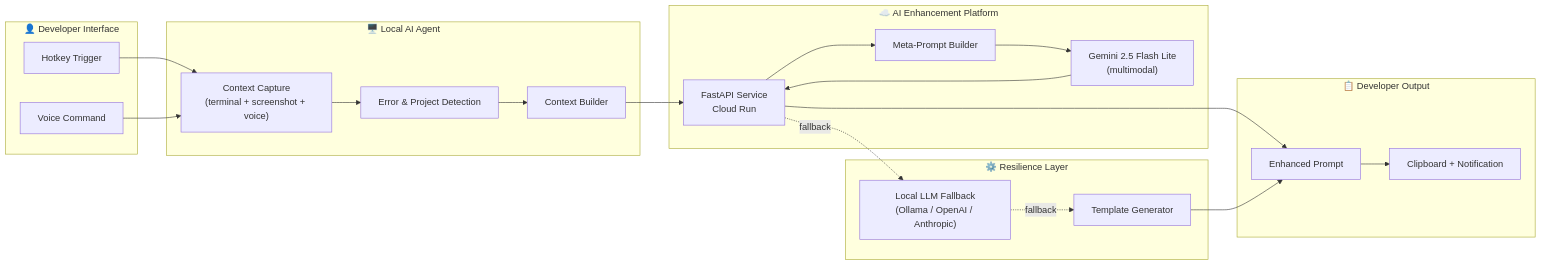
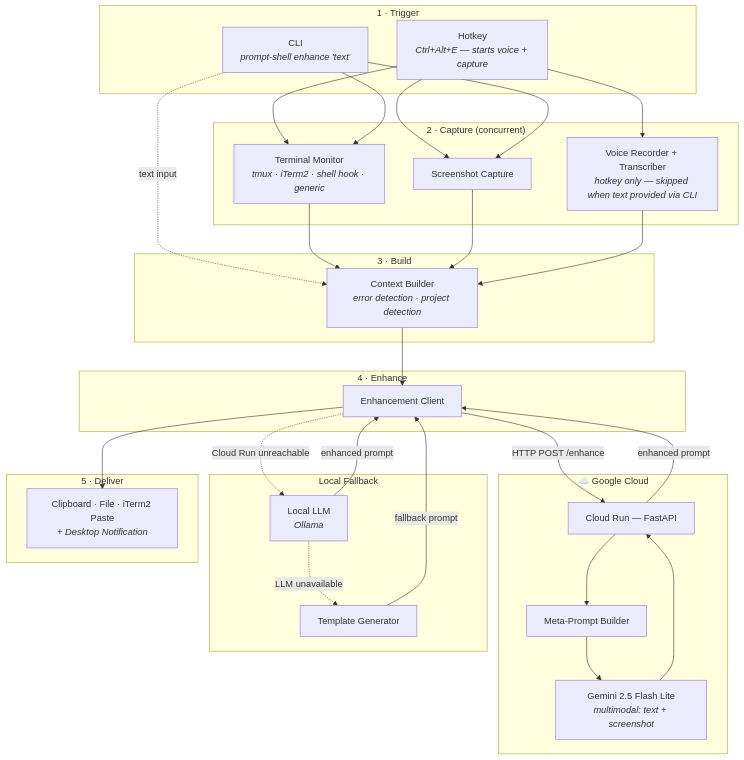
The diagram in README.md (VinnyBabuManjaly/PromptShell), drawn with Mermaid before and after one commit. The commit also changed other lines of this file and 4 other files, not shown here.

Commit message:
Add comprehensive documentation: README, system design, demo script, and updated architecture docs

````diff
--- a/README.md
+++ b/README.md
@@ -182,48 +182,59 @@
 ```mermaid
-flowchart LR
-    subgraph U["👤 Developer Interface"]
-        A["Hotkey Trigger"]
-        B["Voice Command"]
+flowchart TB
+    subgraph INPUT["1 · Trigger"]
+        HK["Hotkey<br/><i>Ctrl+Alt+E — starts voice + capture</i>"]
+        CLI["CLI<br/><i>prompt-shell enhance 'text'</i>"]
     end
 
-    subgraph L["🖥️ Local AI Agent"]
-        C["Context Capture\n(terminal + screenshot + voice)"]
-        D["Error & Project Detection"]
-        E["Context Builder"]
+    subgraph CAPTURE["2 · Capture (concurrent)"]
+        TM["Terminal Monitor<br/><i>tmux · iTerm2 · shell hook · generic</i>"]
+        SS["Screenshot Capture"]
+        VR["Voice Recorder + Transcriber<br/><i>hotkey only — skipped when text provided via CLI</i>"]
     end
 
-    subgraph C1["☁️ AI Enhancement Platform"]
-        F["FastAPI Service\nCloud Run"]
-        G["Meta-Prompt Builder"]
-        H["Gemini 2.5 Flash Lite\n(multimodal)"]
+    subgraph BUILD["3 · Build"]
+        CB["Context Builder<br/><i>error detection · project detection</i>"]
     end
 
-    subgraph R["⚙️ Resilience Layer"]
-        I["Local LLM Fallback\n(Ollama / OpenAI / Anthropic)"]
-        J["Template Generator"]
+    subgraph ENHANCE["4 · Enhance"]
+        EC["Enhancement Client"]
     end
 
-    subgraph O["📋 Developer Output"]
-        K["Enhanced Prompt"]
-        L2["Clipboard + Notification"]
+    subgraph GCP["☁️ Google Cloud"]
+        CR["Cloud Run — FastAPI"]
+        PB["Meta-Prompt Builder"]
+        GM["Gemini 2.5 Flash Lite<br/><i>multimodal: text + screenshot</i>"]
     end
 
-    A --> C
-    B --> C
+    subgraph FALLBACK["Local Fallback"]
+        LLM["Local LLM<br/><i>Ollama</i>"]
+        TPL["Template Generator"]
+    end
 
-    C --> D
-    D --> E
+    subgraph OUTPUT["5 · Deliver"]
+        DL["Clipboard · File · iTerm2 Paste<br/><i>+ Desktop Notification</i>"]
+    end
 
-    E --> F
-    F --> G
-    G --> H
-    H --> F
+    HK --> TM & SS & VR
+    CLI --> TM & SS
+    CLI -. "text input" .-> CB
 
-    F --> K
+    TM --> CB
+    SS --> CB
+    VR --> CB
 
-    F -. fallback .-> I
-    I -. fallback .-> J
-    J --> K
+    CB --> EC
 
-    K --> L2
+    EC -- "HTTP POST /enhance" --> CR
+    CR --> PB --> GM
+    GM --> CR
+    CR -- "enhanced prompt" --> EC
+
+    EC -. "Cloud Run unreachable" .-> LLM
+    LLM -. "LLM unavailable" .-> TPL
+
+    LLM -- "enhanced prompt" --> EC
+    TPL -- "fallback prompt" --> EC
+
+    EC --> DL
 ```
````
